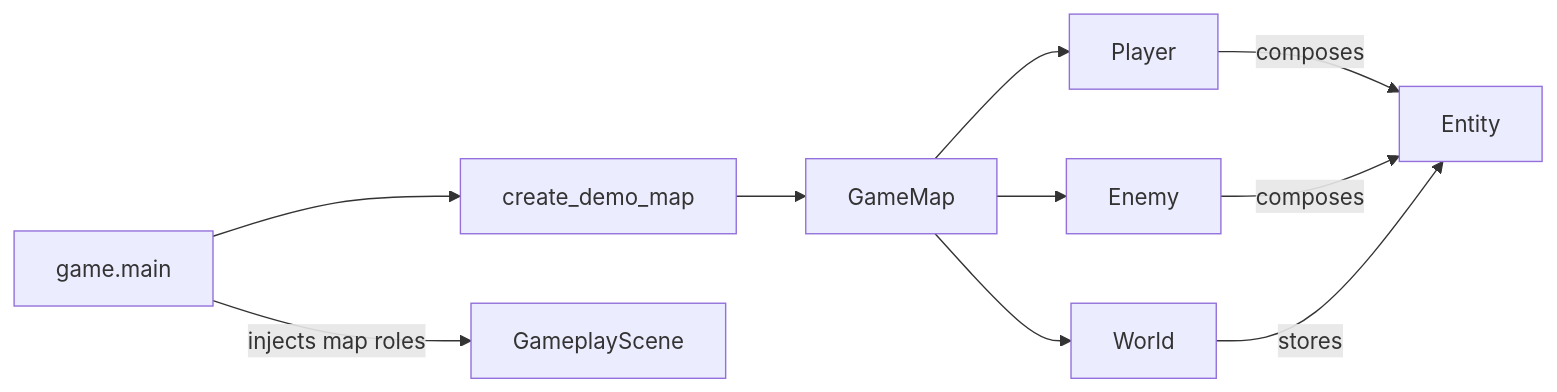
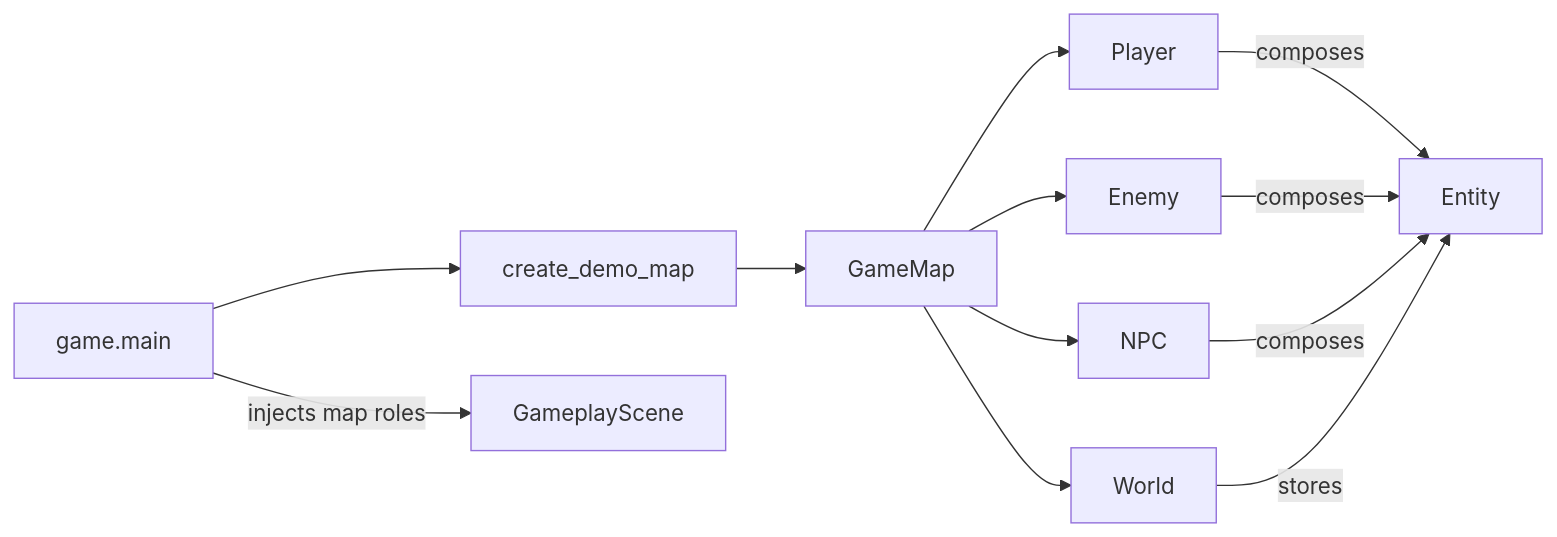
The second of 3 diagrams in docs/architecture/overview.md (VincentMardon/my_first_adventure_game), drawn with Mermaid before and after one commit. The commit also changed other lines of this file and 21 other files, not shown here.

Commit message:
feat(interaction): add npc dialogue flow

````diff
--- a/docs/architecture/overview.md
+++ b/docs/architecture/overview.md
@@ -239,12 +252,14 @@
 ```mermaid
 flowchart LR
     GameMain["game.main"] --> DemoMap["create_demo_map"]
     DemoMap --> GameMap["GameMap"]
     GameMap --> World["World"]
     GameMap --> Player["Player"]
     GameMap --> Enemy["Enemy"]
+    GameMap --> NPC["NPC"]
     Player -->|"composes"| Entity["Entity"]
     Enemy -->|"composes"| Entity
+    NPC -->|"composes"| Entity
     World -->|"stores"| Entity
     GameMain -->|"injects map roles"| GameplayScene["GameplayScene"]
 ```
````
